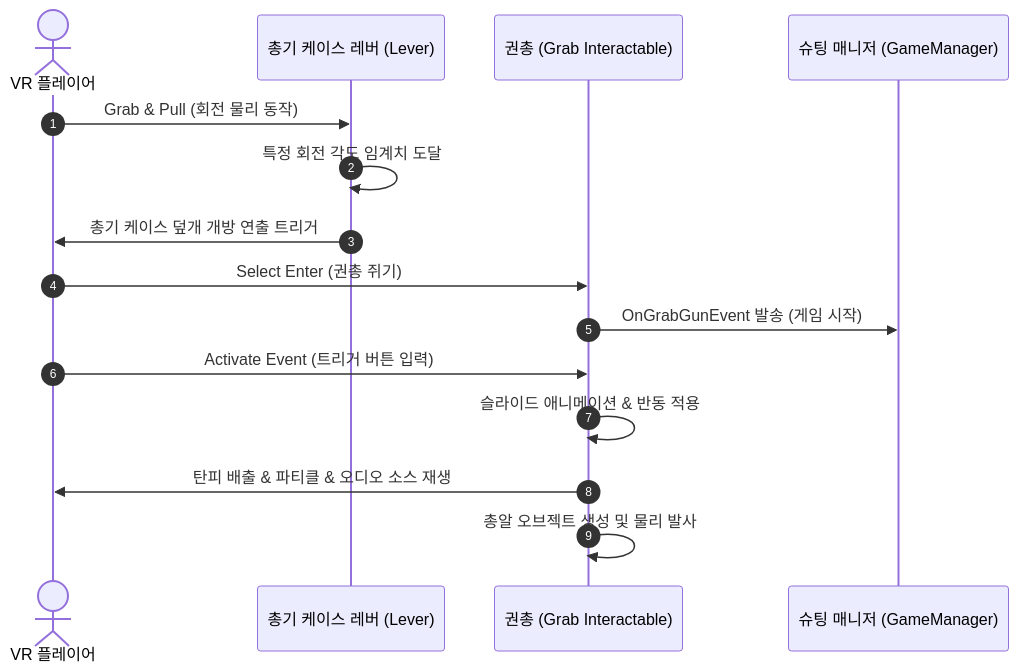
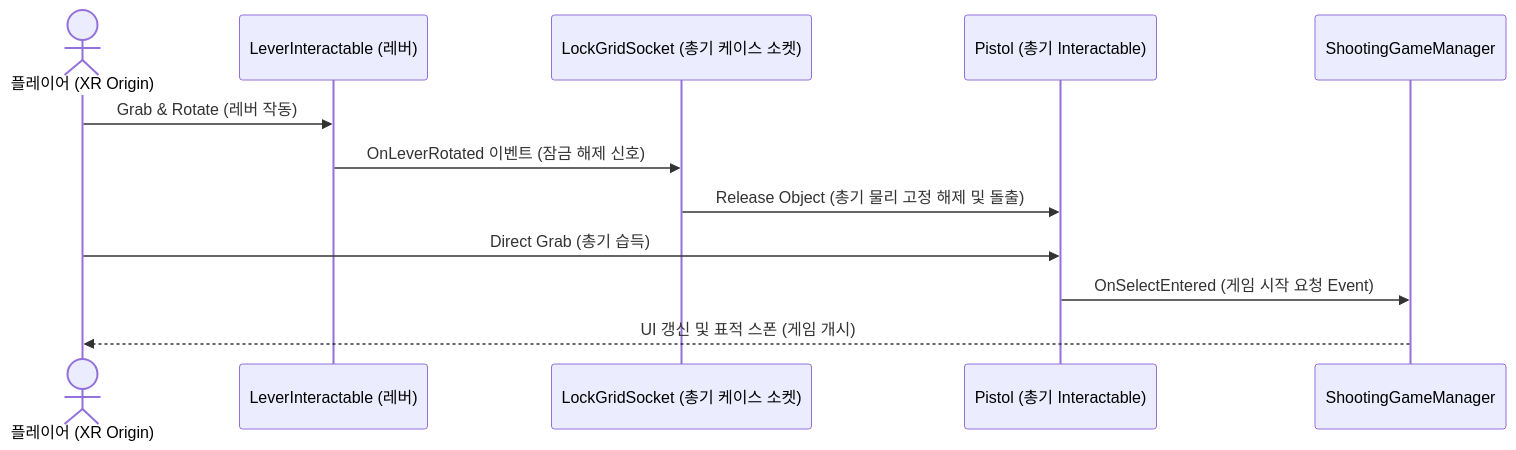
One commit to WhiteAppleKo/Portfolio changed the second of 4 diagrams in portfolio/project3/README.md. Above: the diagram before and after it, drawn with Mermaid. The commit also changed other lines of this file and 269 other files, not shown here.

````diff
--- a/portfolio/project3/README.md
+++ b/portfolio/project3/README.md
@@ -75,18 +82,15 @@
 ```mermaid
 sequenceDiagram
-    autonumber
-    actor Player as VR 플레이어
-    participant Lever as 총기 케이스 레버 (Lever)
-    participant Gun as 권총 (Grab Interactable)
-    participant Game as 슈팅 매니저 (GameManager)
-
-    Player->>Lever: Grab & Pull (회전 물리 동작)
-    Lever->>Lever: 특정 회전 각도 임계치 도달
-    Lever->>Player: 총기 케이스 덮개 개방 연출 트리거
-    Player->>Gun: Select Enter (권총 쥐기)
-    Gun->>Game: OnGrabGunEvent 발송 (게임 시작)
-    Player->>Gun: Activate Event (트리거 버튼 입력)
-    Gun->>Gun: 슬라이드 애니메이션 & 반동 적용
-    Gun->>Player: 탄피 배출 & 파티클 & 오디오 소스 재생
-    Gun->>Gun: 총알 오브젝트 생성 및 물리 발사
+    actor Player as 플레이어 (XR Origin)
+    participant Lever as LeverInteractable (레버)
+    participant Socket as LockGridSocket (총기 케이스 소켓)
+    participant Pistol as Pistol (총기 Interactable)
+    participant Manager as ShootingGameManager
+    
+    Player->>Lever: Grab & Rotate (레버 작동)
+    Lever->>Socket: OnLeverRotated 이벤트 (잠금 해제 신호)
+    Socket->>Pistol: Release Object (총기 물리 고정 해제 및 돌출)
+    Player->>Pistol: Direct Grab (총기 습득)
+    Pistol->>Manager: OnSelectEntered (게임 시작 요청 Event)
+    Manager-->>Player: UI 갱신 및 표적 스폰 (게임 개시)
 ```
````
